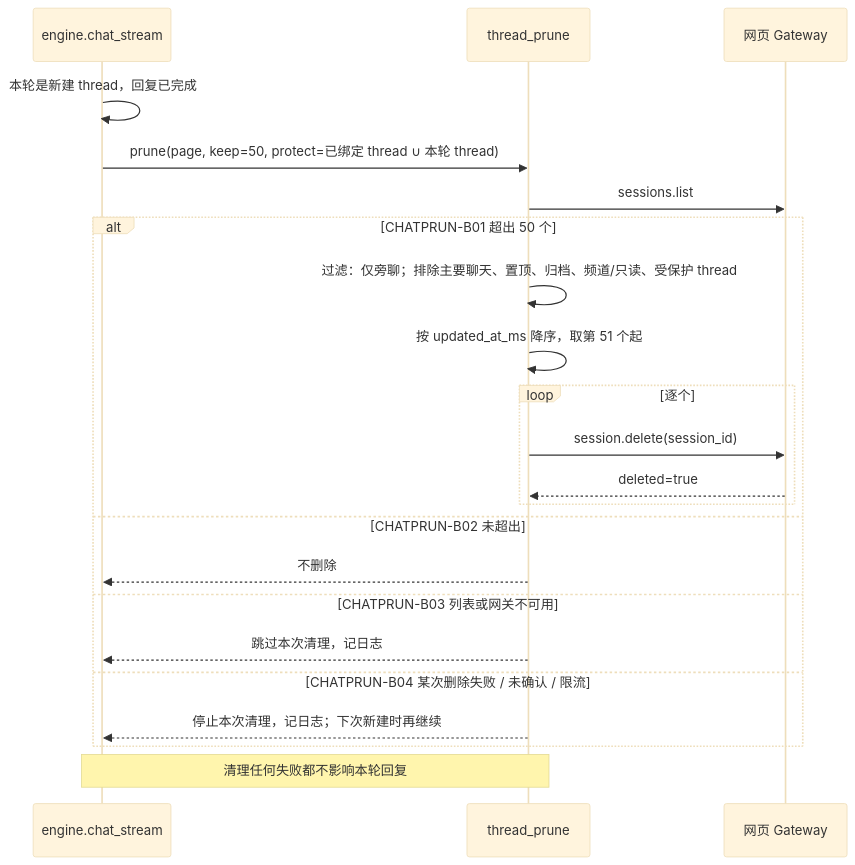
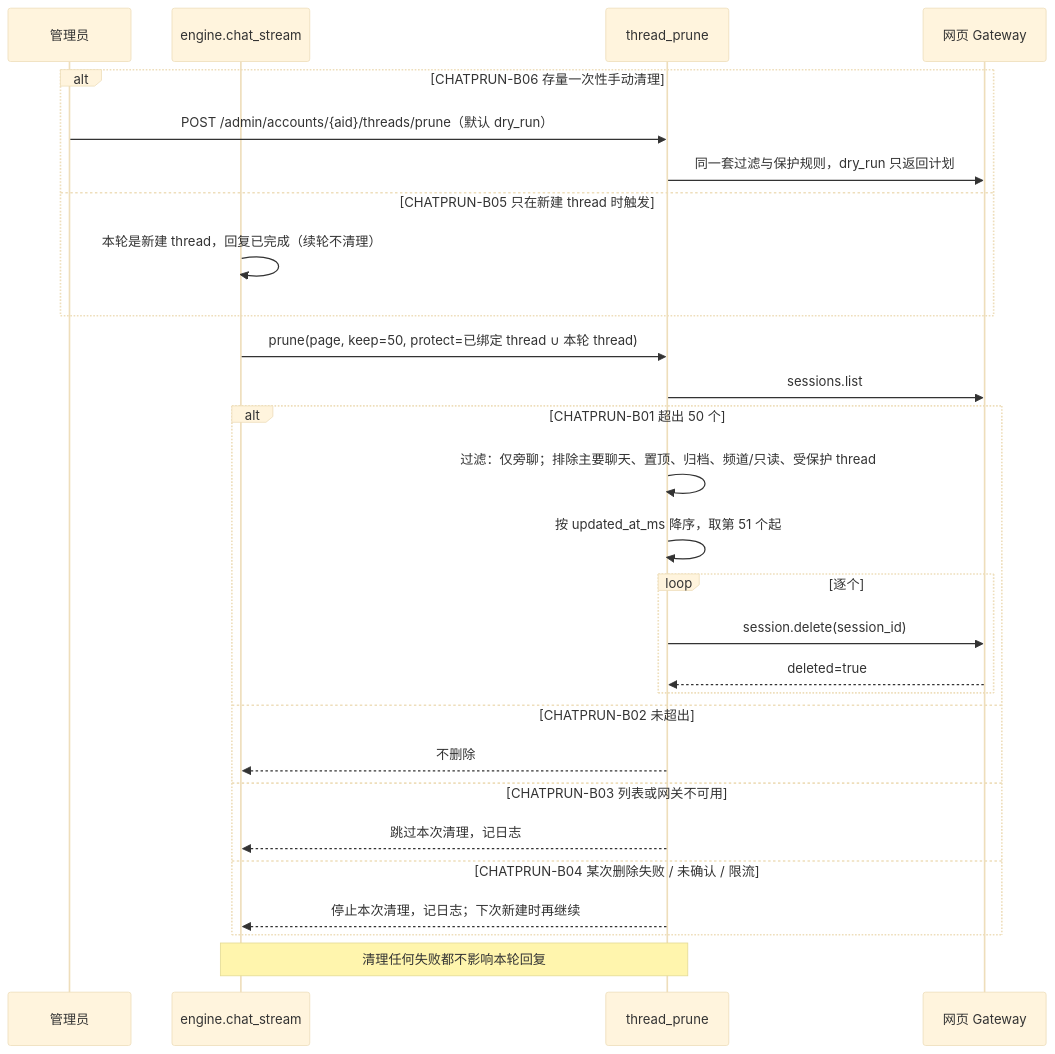
Before and after one commit to joslynSmall/muse2api: the diagram in docs/flows/chat-api/chatprune.md, drawn with Mermaid (base theme). The commit also changed other lines of this file and 9 other files, not shown here.

````diff
--- a/docs/flows/chat-api/chatprune.md
+++ b/docs/flows/chat-api/chatprune.md
@@ -32,24 +32,30 @@
 ```mermaid
 sequenceDiagram
+    participant M as 管理员
     participant E as engine.chat_stream
     participant P as thread_prune
     participant G as 网页 Gateway
-    E->>E: 本轮是新建 thread，回复已完成
+    alt CHATPRUN-B06 存量一次性手动清理
+        M->>P: POST /admin/accounts/{aid}/threads/prune（默认 dry_run）
+        P->>G: 同一套过滤与保护规则，dry_run 只返回计划
+    else CHATPRUN-B05 只在新建 thread 时触发
+        E->>E: 本轮是新建 thread，回复已完成（续轮不清理）
+    end
     E->>P: prune(page, keep=50, protect=已绑定 thread ∪ 本轮 thread)
     P->>G: sessions.list
     alt CHATPRUN-B01 超出 50 个
         P->>P: 过滤：仅旁聊；排除主要聊天、置顶、归档、频道/只读、受保护 thread
         P->>P: 按 updated_at_ms 降序，取第 51 个起
         loop 逐个
             P->>G: session.delete(session_id)
             G-->>P: deleted=true
         end
     else CHATPRUN-B02 未超出
         P-->>E: 不删除
     else CHATPRUN-B03 列表或网关不可用
         P-->>E: 跳过本次清理，记日志
     else CHATPRUN-B04 某次删除失败 / 未确认 / 限流
         P-->>E: 停止本次清理，记日志；下次新建时再继续
     end
     Note over E,P: 清理任何失败都不影响本轮回复
 ```
````
